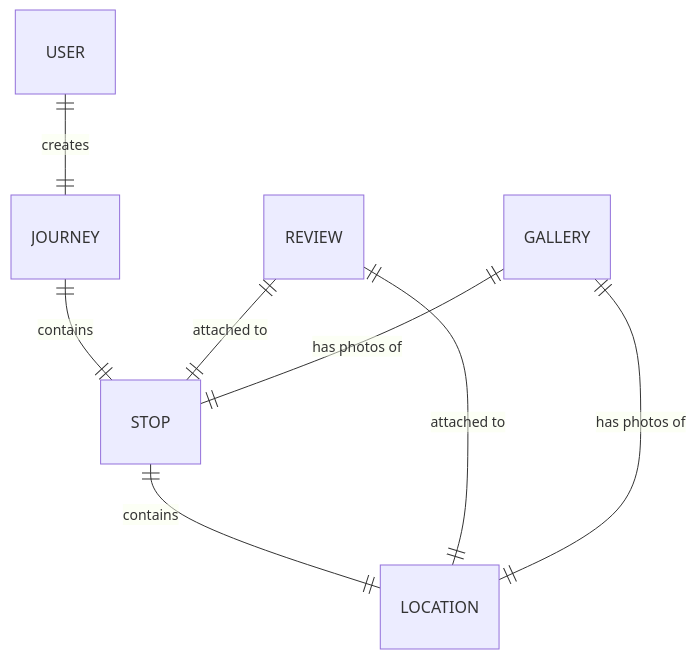
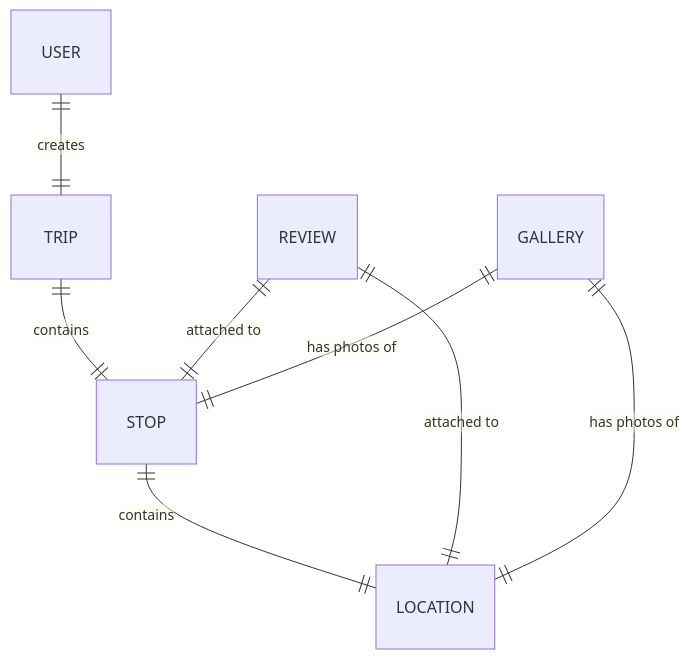
Before and after one commit to Jaygeepd/tripscribe: the diagram in README.md, drawn with Mermaid. The commit also changed other lines of this file, not shown here.

First line of the commit message:
Trip Refactor - Readme

````diff
--- a/README.md
+++ b/README.md
@@ -39,10 +39,10 @@
 ```mermaid
    erDiagram
-          USER ||--|| JOURNEY : creates
-          JOURNEY ||--|| STOP : contains
+          USER ||--|| TRIP : creates
+          TRIP ||--|| STOP : contains
           STOP ||--|| LOCATION : contains
           REVIEW ||--|| STOP : "attached to"
           REVIEW ||--|| LOCATION : "attached to"
           GALLERY ||--|| STOP : "has photos of"
           GALLERY ||--|| LOCATION : "has photos of"
 ```
````
